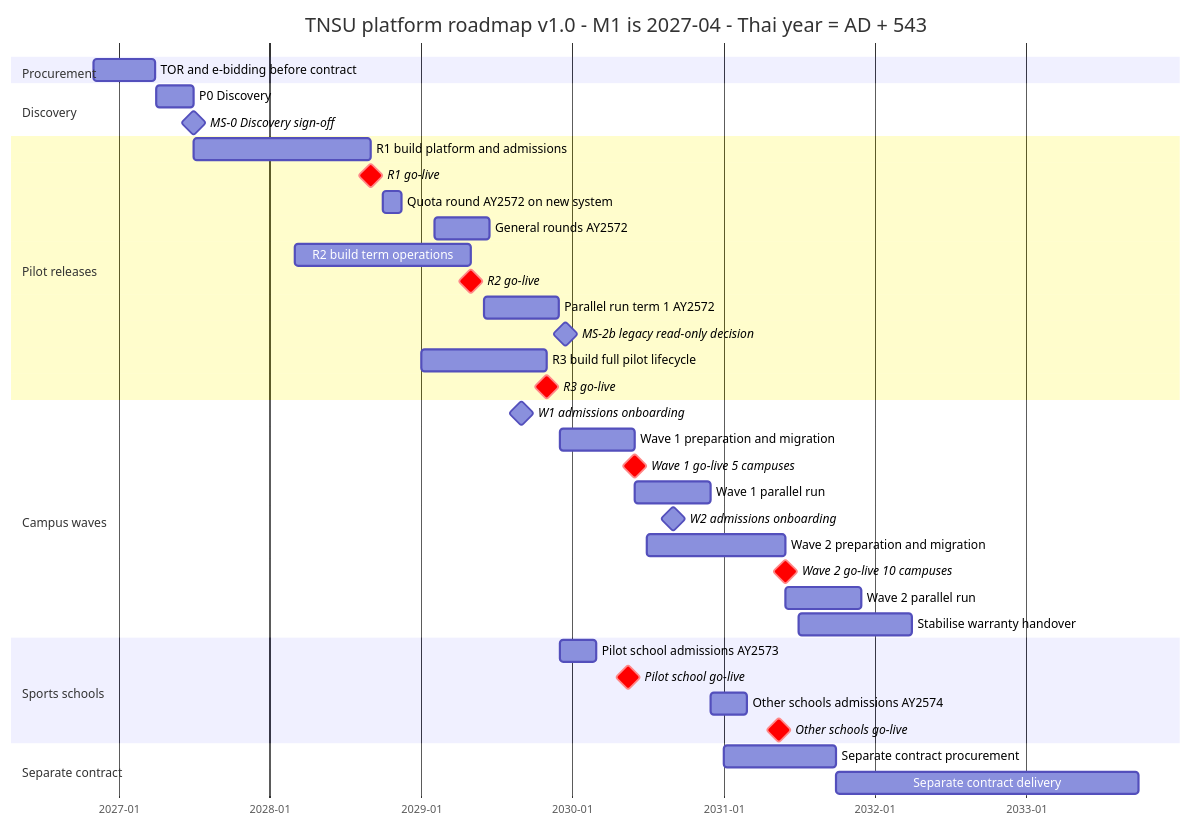
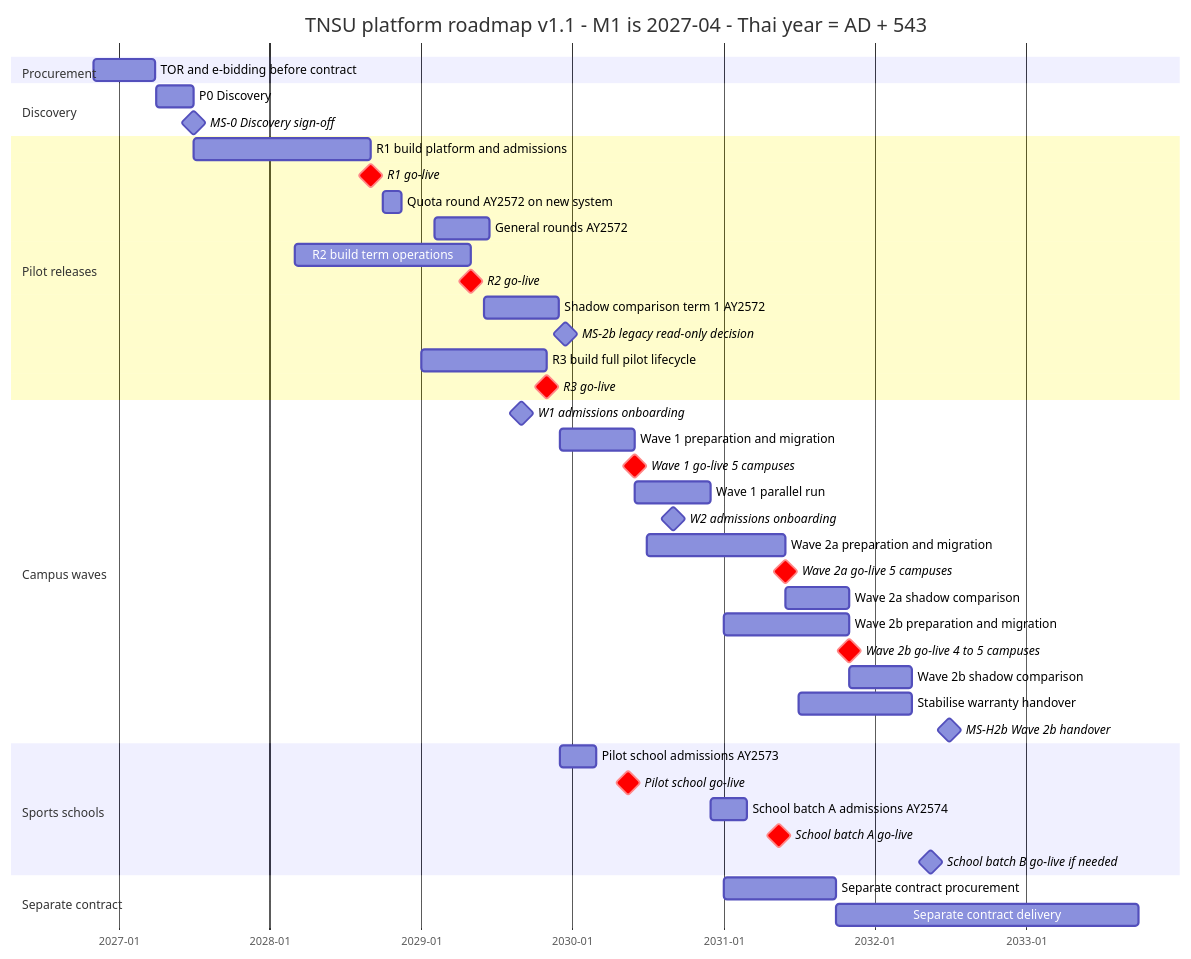
Before and after one commit to Ruttanachote/Ai: the diagram in tnsu-system/docs/12-roadmap-cost-risk.md, drawn with Mermaid. The commit also changed other lines of this file and 2 other files, not shown here.

````diff
--- a/tnsu-system/docs/12-roadmap-cost-risk.md
+++ b/tnsu-system/docs/12-roadmap-cost-risk.md
@@ -101,40 +107,45 @@
 ```mermaid
 gantt
-  title TNSU platform roadmap v1.0 - M1 is 2027-04 - Thai year = AD + 543
+  title TNSU platform roadmap v1.1 - M1 is 2027-04 - Thai year = AD + 543
   dateFormat YYYY-MM-DD
   axisFormat %Y-%m
   section Procurement
   TOR and e-bidding before contract   :proc, 2026-11-01, 2027-03-31
   section Discovery
   P0 Discovery                        :p0, 2027-04-01, 2027-06-30
   MS-0 Discovery sign-off             :milestone, ms0, 2027-06-30, 0d
   section Pilot releases
   R1 build platform and admissions    :r1b, 2027-07-01, 2028-08-31
   R1 go-live                          :crit, milestone, ms1, 2028-09-01, 0d
   Quota round AY2572 on new system    :q72, 2028-10-01, 2028-11-15
   General rounds AY2572               :g72, 2029-02-01, 2029-06-15
   R2 build term operations            :r2b, 2028-03-01, 2029-04-30
   R2 go-live                          :crit, milestone, ms2, 2029-05-01, 0d
-  Parallel run term 1 AY2572          :pr72, 2029-06-01, 2029-11-30
+  Shadow comparison term 1 AY2572    :pr72, 2029-06-01, 2029-11-30
   MS-2b legacy read-only decision     :milestone, ms2b, 2029-12-15, 0d
   R3 build full pilot lifecycle       :r3b, 2029-01-01, 2029-10-31
   R3 go-live                          :crit, milestone, ms3, 2029-11-01, 0d
   section Campus waves
   W1 admissions onboarding            :milestone, w1a, 2029-09-01, 0d
   Wave 1 preparation and migration    :w1p, 2029-12-01, 2030-05-31
   Wave 1 go-live 5 campuses           :crit, milestone, msw1, 2030-06-01, 0d
   Wave 1 parallel run                 :w1r, 2030-06-01, 2030-11-30
   W2 admissions onboarding            :milestone, w2a, 2030-09-01, 0d
-  Wave 2 preparation and migration    :w2p, 2030-07-01, 2031-05-31
-  Wave 2 go-live 10 campuses          :crit, milestone, msw2, 2031-06-01, 0d
-  Wave 2 parallel run                 :w2r, 2031-06-01, 2031-11-30
+  Wave 2a preparation and migration   :w2p, 2030-07-01, 2031-05-31
+  Wave 2a go-live 5 campuses          :crit, milestone, msw2, 2031-06-01, 0d
+  Wave 2a shadow comparison           :w2r, 2031-06-01, 2031-10-31
+  Wave 2b preparation and migration   :w2bp, 2031-01-01, 2031-10-31
+  Wave 2b go-live 4 to 5 campuses     :crit, milestone, msw2b, 2031-11-01, 0d
+  Wave 2b shadow comparison           :w2br, 2031-11-01, 2032-03-31
   Stabilise warranty handover         :hs, 2031-07-01, 2032-03-31
+  MS-H2b Wave 2b handover             :milestone, msh2b, 2032-06-30, 0d
   section Sports schools
   Pilot school admissions AY2573      :ss1a, 2029-12-01, 2030-02-28
   Pilot school go-live                :crit, milestone, msss1, 2030-05-16, 0d
-  Other schools admissions AY2574     :ss2a, 2030-12-01, 2031-02-28
-  Other schools go-live               :crit, milestone, msss2, 2031-05-16, 0d
+  School batch A admissions AY2574    :ss2a, 2030-12-01, 2031-02-28
+  School batch A go-live              :crit, milestone, msss2, 2031-05-16, 0d
+  School batch B go-live if needed    :milestone, msss3, 2032-05-16, 0d
   section Separate contract
   Separate contract procurement       :scp, 2031-01-01, 2031-09-30
   Separate contract delivery          :scd, 2031-10-01, 2033-09-30
 ```
````
